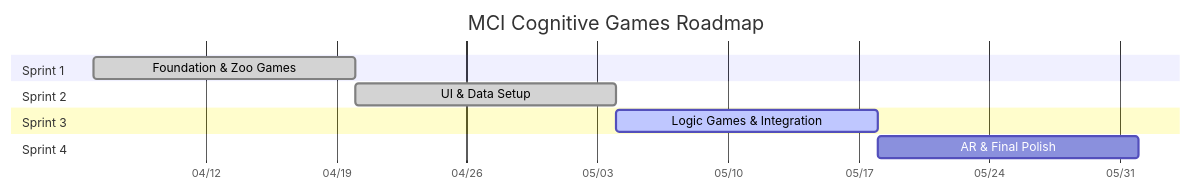
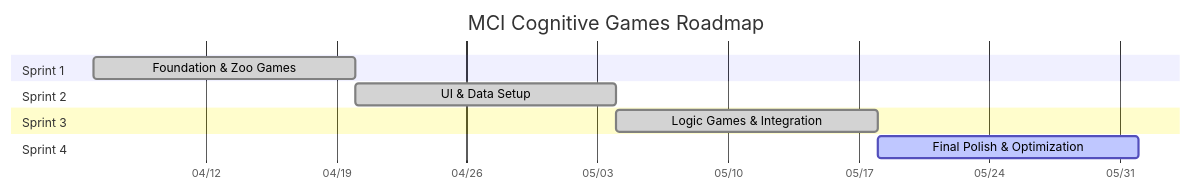
The first of 2 diagrams in docs/agile/sprint-planning.md (ChayutChanmueang/mci-cognitive-game-hub-dev-deploy), drawn with Mermaid before and after one commit. The commit also changed other lines of this file and 36 other files, not shown here.

````diff
--- a/docs/agile/sprint-planning.md
+++ b/docs/agile/sprint-planning.md
@@ -15,14 +15,14 @@
 ```mermaid
 gantt
     title MCI Cognitive Games Roadmap
     dateFormat  YYYY-MM-DD
     axisFormat  %m/%d
     section Sprint 1
     Foundation & Zoo Games :done, s1, 2026-04-06, 14d
     section Sprint 2
     UI & Data Setup        :done, s2, 2026-04-20, 14d
     section Sprint 3
-    Logic Games & Integration :active, s3, 2026-05-04, 14d
+    Logic Games & Integration :done, s3, 2026-05-04, 14d
     section Sprint 4
-    AR & Final Polish      :s4, after s3, 14d
+    Final Polish & Optimization :active, s4, 2026-05-18, 14d
 ```
````
